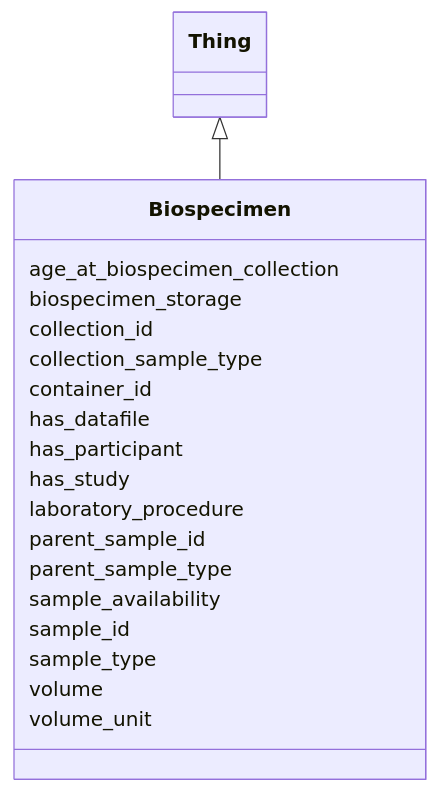
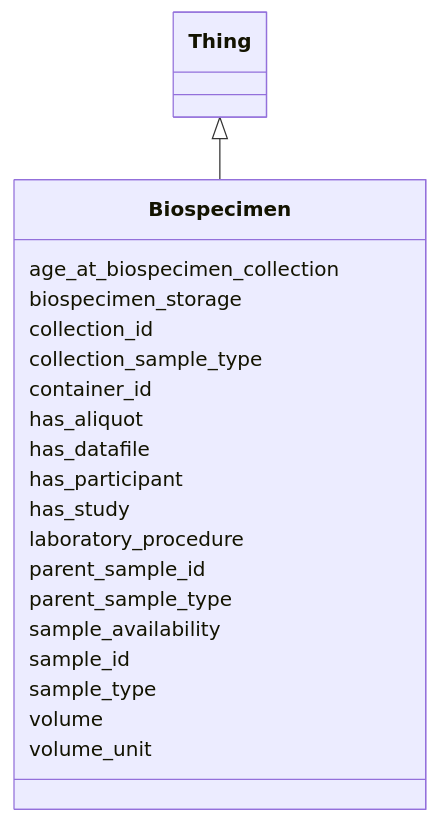
The diagram in docs/Biospecimen.md (include-dcc/include-linkml), drawn with Mermaid before and after one commit. The commit also changed other lines of this file and 89 other files, not shown here.

Commit message:
schematic fixes

````diff
--- a/docs/Biospecimen.md
+++ b/docs/Biospecimen.md
@@ -13,23 +13,24 @@
 ```mermaid
  classDiagram
       Thing <|-- Biospecimen
       
       Biospecimen : age_at_biospecimen_collection
       Biospecimen : biospecimen_storage
       Biospecimen : collection_id
       Biospecimen : collection_sample_type
       Biospecimen : container_id
+      Biospecimen : has_aliquot
       Biospecimen : has_datafile
       Biospecimen : has_participant
       Biospecimen : has_study
       Biospecimen : laboratory_procedure
       Biospecimen : parent_sample_id
       Biospecimen : parent_sample_type
       Biospecimen : sample_availability
       Biospecimen : sample_id
       Biospecimen : sample_type
       Biospecimen : volume
       Biospecimen : volume_unit
       
 
 ```
````
